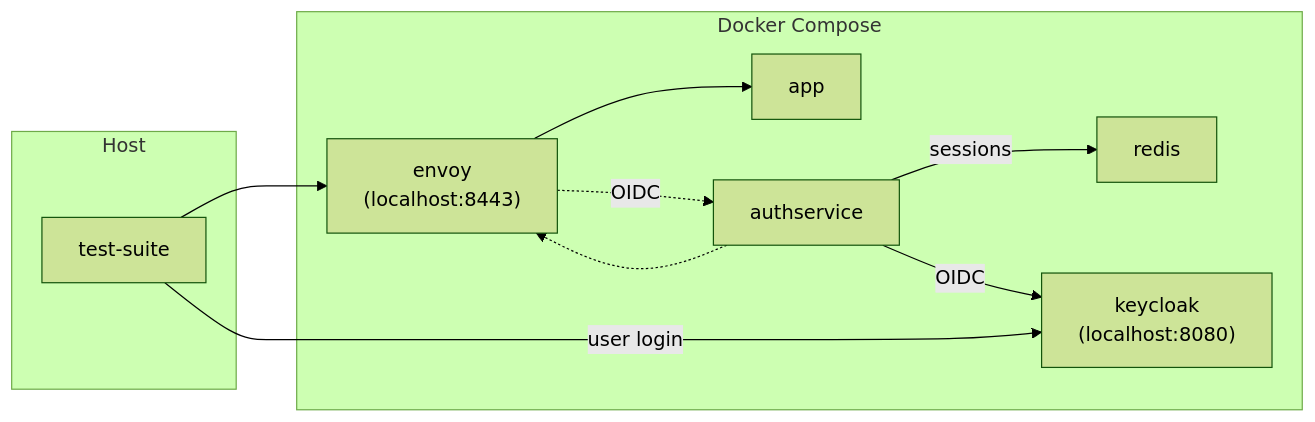
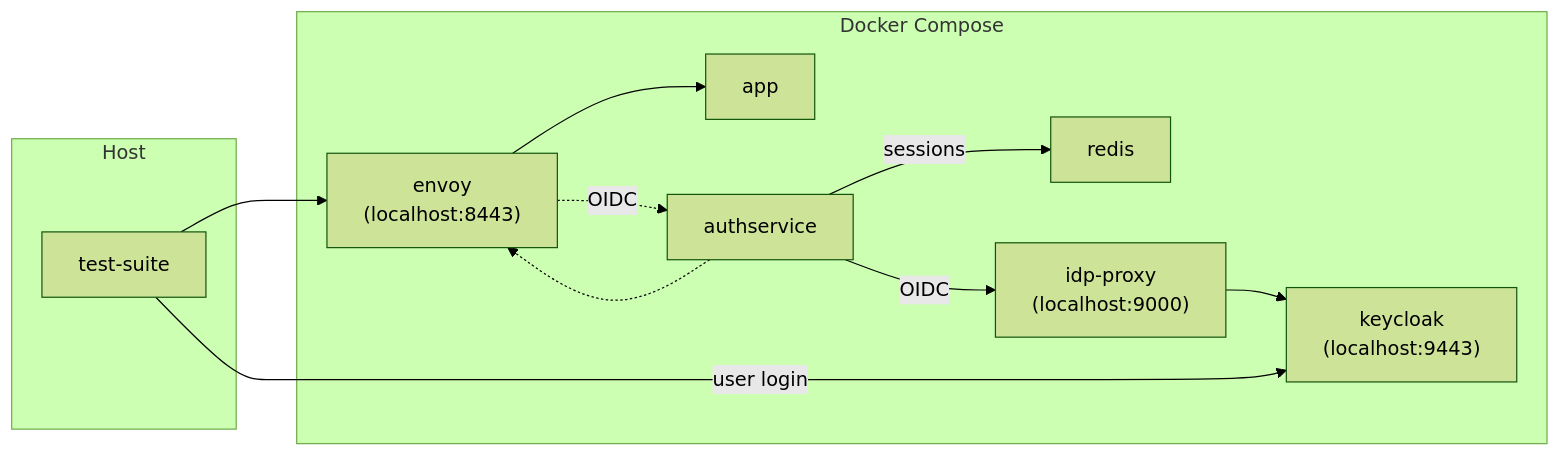
The diagram in e2e/keycloak/README.md (istio-ecosystem/authservice), drawn with Mermaid (forest theme) before and after one commit. The commit also changed 5 other files, not shown here.

First line of the commit message:
Use a proxy between authservice and IDP in e2e

````diff
--- a/e2e/keycloak/README.md
+++ b/e2e/keycloak/README.md
@@ -7,20 +7,21 @@
 ```mermaid
 flowchart LR
     subgraph "Docker Compose"
         envoy["envoy\n(localhost:8443)"]
         app
         authservice
         redis
-        keycloak["keycloak\n(localhost:8080)"]
+        keycloak["keycloak\n(localhost:9443)"]
+        idp-proxy["idp-proxy\n(localhost:9000)"]
     end
     subgraph "Host"
         test-suite
     end
     authservice --sessions--> redis
-    authservice --OIDC--> keycloak
+    authservice --OIDC--> idp-proxy --> keycloak
     test-suite --user login--> keycloak
     test-suite --> envoy
     envoy -.OIDC.-> authservice
     authservice -.-> envoy
     envoy --> app
 ```
````
